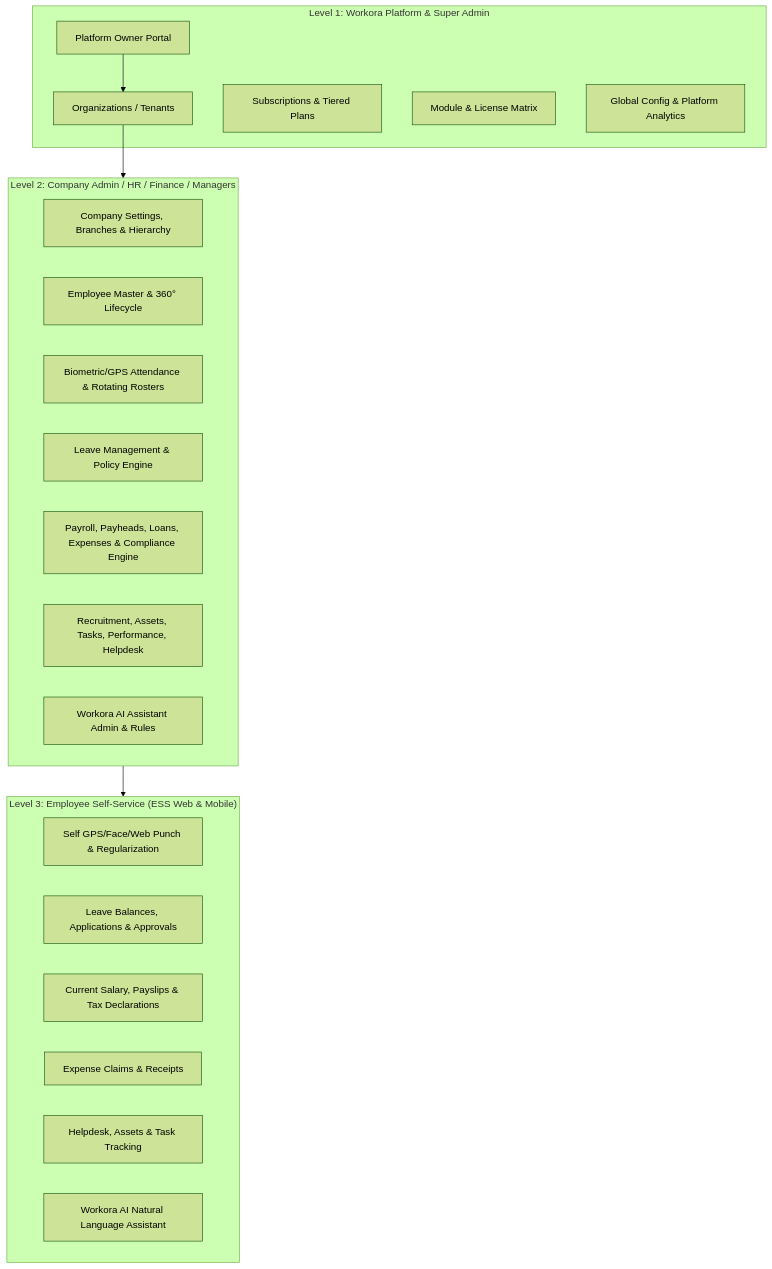
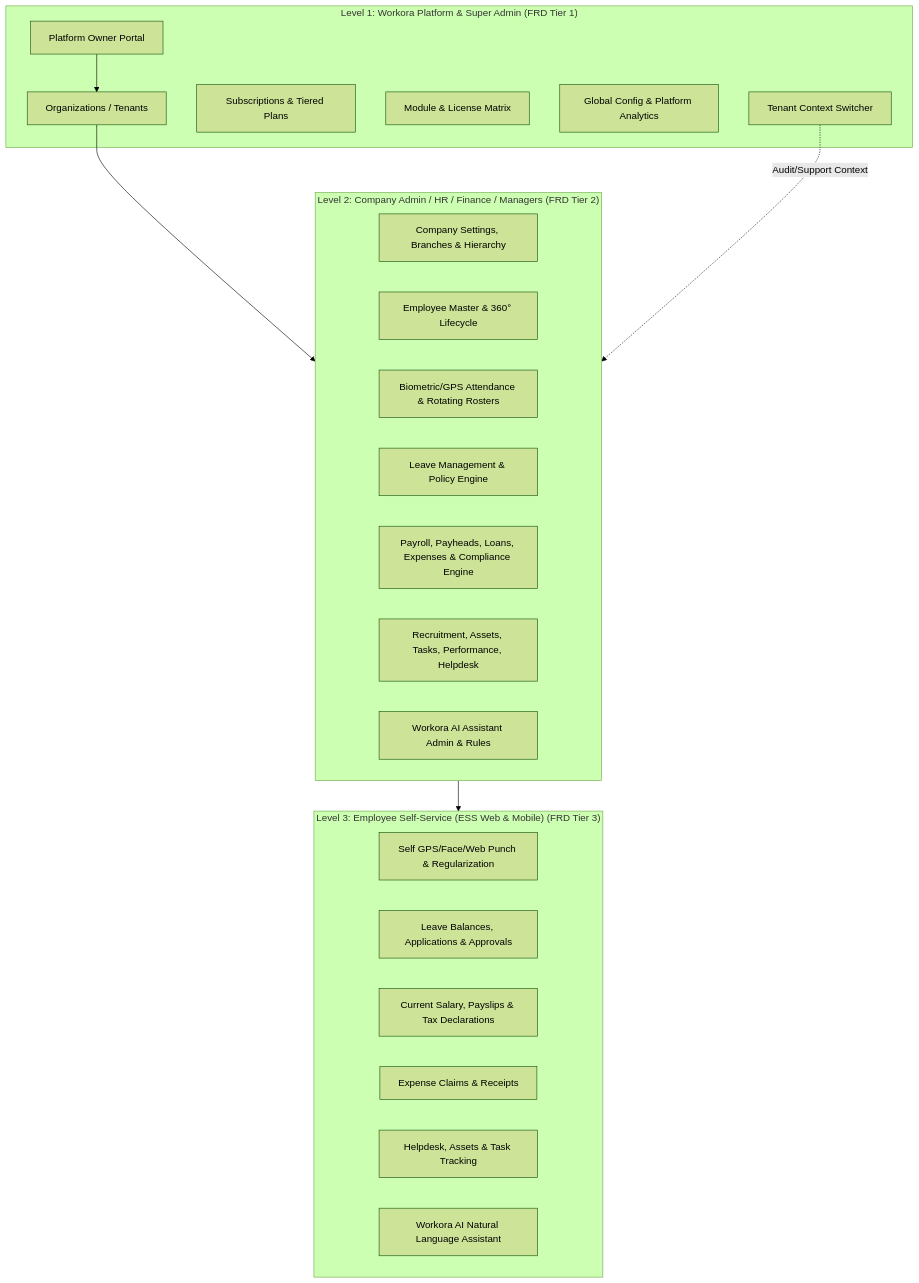
The first of 11 diagrams in backend/docs/TechnicalDocument.md (satyakidushyant/workora), drawn with Mermaid (forest theme) before and after one commit. The commit also changed other lines of this file and 16 other files, not shown here.

````diff
--- a/backend/docs/TechnicalDocument.md
+++ b/backend/docs/TechnicalDocument.md
@@ -107,33 +99,35 @@
 ```mermaid
 flowchart TB
-    subgraph SaaS_Platform["Level 1: Workora Platform & Super Admin"]
+    subgraph SaaS_Platform["Level 1: Workora Platform & Super Admin (FRD Tier 1)"]
         Platform[Platform Owner Portal]
         Tenants[Organizations / Tenants]
         Subs[Subscriptions & Tiered Plans]
         ModLic[Module & License Matrix]
         PlatformConfig[Global Config & Platform Analytics]
+        TenantSwitcher[Tenant Context Switcher]
     end
 
-    subgraph Tenant_Company["Level 2: Company Admin / HR / Finance / Managers"]
+    subgraph Tenant_Company["Level 2: Company Admin / HR / Finance / Managers (FRD Tier 2)"]
         CompanySetup[Company Settings, Branches & Hierarchy]
         EmpLifecycle[Employee Master & 360° Lifecycle]
         AttShift[Biometric/GPS Attendance & Rotating Rosters]
         LeaveMgmt[Leave Management & Policy Engine]
         PayrollComp[Payroll, Payheads, Loans, Expenses & Compliance Engine]
         AdvHR[Recruitment, Assets, Tasks, Performance, Helpdesk]
         WorkoraAIAdmin[Workora AI Assistant Admin & Rules]
     end
 
-    subgraph ESS_Layer["Level 3: Employee Self-Service (ESS Web & Mobile)"]
+    subgraph ESS_Layer["Level 3: Employee Self-Service (ESS Web & Mobile) (FRD Tier 3)"]
         ESSPunch[Self GPS/Face/Web Punch & Regularization]
         ESSLeave[Leave Balances, Applications & Approvals]
         ESSSalary[Current Salary, Payslips & Tax Declarations]
         ESSReimburse[Expense Claims & Receipts]
         ESSDesk[Helpdesk, Assets & Task Tracking]
         WorkoraAIESS[Workora AI Natural Language Assistant]
     end
 
     Platform --> Tenants
     Tenants --> Tenant_Company
     Tenant_Company --> ESS_Layer
+    TenantSwitcher -.->|Audit/Support Context| Tenant_Company
 ```
````
